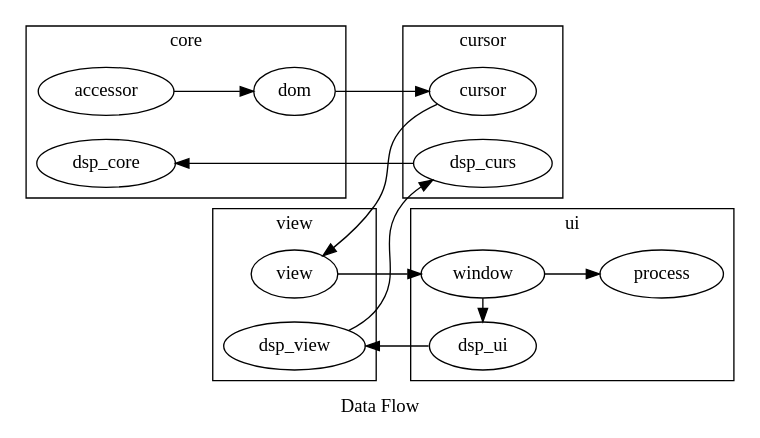
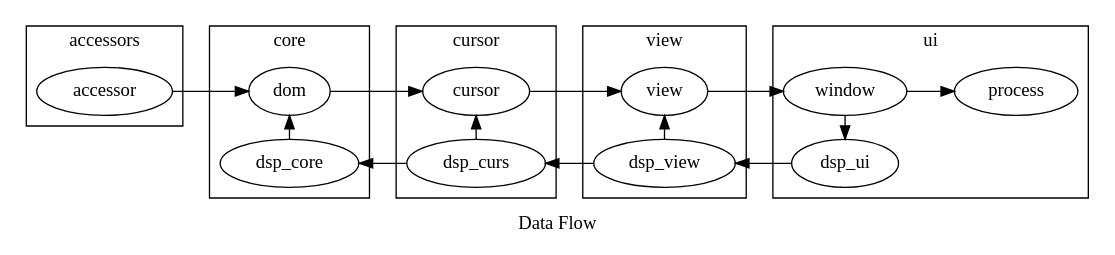
Before and after one commit to miur/miur: the diagram in gv/flow.dot, drawn with Graphviz. The commit also changed 1 other file, not shown here.

Commit message:
[doc, gv] fix accessors

```diff
--- a/gv/flow.dot
+++ b/gv/flow.dot
@@ -1,30 +1,31 @@
 digraph G {
   rankdir="LR"
   label="Data Flow"
   // splines=ortho
 
-  dom -> cursor -> view -> window
+  accessor -> dom -> cursor -> view -> window
 
   dsp_ui -> dsp_view -> dsp_curs -> dsp_core
 
+  subgraph cluster_acsr {
+    label="accessors"
+    accessor
+  }
   subgraph cluster_core {
     label="core"
-    accessor -> dom
-    dsp_core
+    dsp_core -> dom [constraint=false]
   }
   subgraph cluster_curs {
     label="cursor"
-    cursor
-    dsp_curs
+    dsp_curs -> cursor [constraint=false]
   }
   subgraph cluster_view {
     label="view"
-    view
-    dsp_view
+    dsp_view -> view [constraint=false]
   }
   subgraph cluster_ui {
     label="ui"
     window -> process
     window -> dsp_ui [constraint=false]
   }
 }
```
